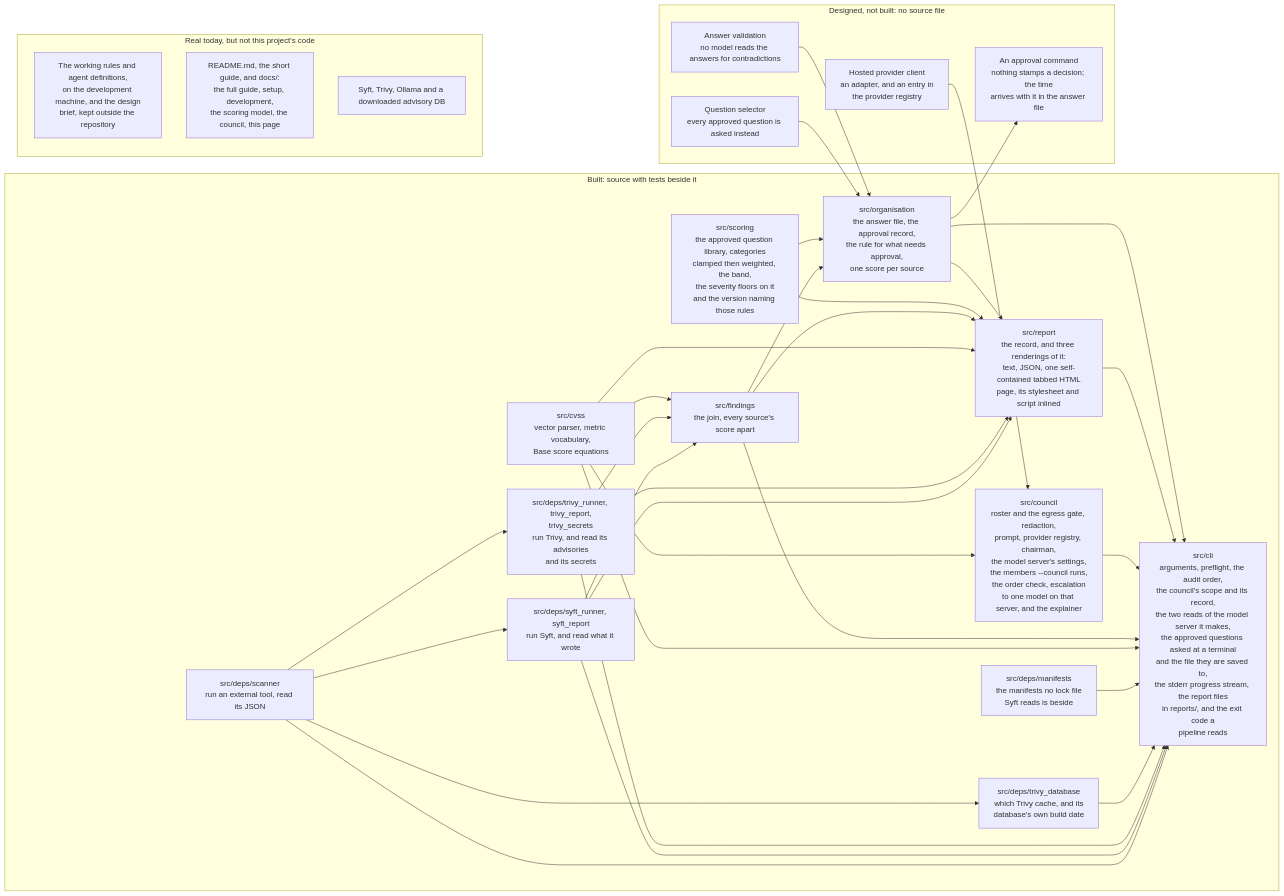
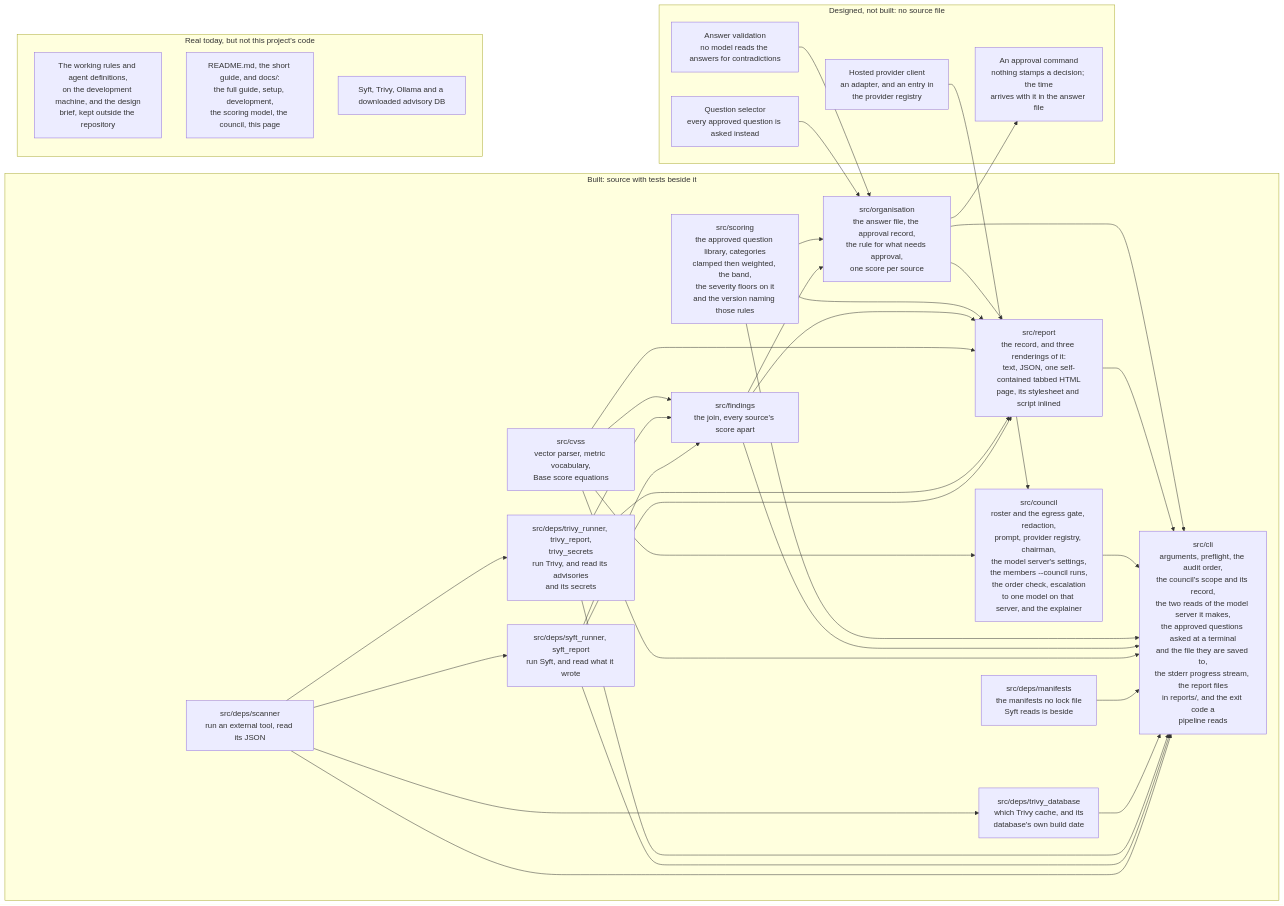
One commit to heinthtnaung/AgenticLLMAppAuditor changed the fifth of 5 diagrams in docs/diagrams.md. Above: the diagram before and after it, drawn with Mermaid. The commit also changed other lines of this file and 1 other file, not shown here.

Commit message:
Draw the cli import of the scoring library in diagram 5

````diff
--- a/docs/diagrams.md
+++ b/docs/diagrams.md
@@ -618,60 +618,61 @@
 ```mermaid
 flowchart LR
     subgraph BUILT["Built: source with tests beside it"]
         b0["src/deps/scanner<br/>run an external tool, read its JSON"]
         b1["src/deps/syft_runner, syft_report<br/>run Syft, and read what it wrote"]
         b2["src/deps/trivy_runner, trivy_report,<br/>trivy_secrets<br/>run Trivy, and read its advisories<br/>and its secrets"]
         b3["src/deps/trivy_database<br/>which Trivy cache, and its<br/>database's own build date"]
         b11["src/deps/manifests<br/>the manifests no lock file<br/>Syft reads is beside"]
         b4["src/cvss<br/>vector parser, metric vocabulary,<br/>Base score equations"]
         b5["src/findings<br/>the join, every source's score apart"]
         b7["src/council<br/>roster and the egress gate, redaction,<br/>prompt, provider registry, chairman,<br/>the model server's settings,<br/>the members --council runs,<br/>the order check, escalation<br/>to one model on that server, and the explainer"]
         b8["src/report<br/>the record, and three renderings of it:<br/>text, JSON, one self-contained tabbed HTML<br/>page, its stylesheet and script inlined"]
         b9["src/cli<br/>arguments, preflight, the audit order,<br/>the council's scope and its record,<br/>the two reads of the model server it makes,<br/>the approved questions asked at a terminal<br/>and the file they are saved to,<br/>the stderr progress stream, the report files<br/>in reports/, and the exit code a<br/>pipeline reads"]
         b6["src/scoring<br/>the approved question library, categories<br/>clamped then weighted, the band,<br/>the severity floors on it<br/>and the version naming those rules"]
         b10["src/organisation<br/>the answer file, the approval record,<br/>the rule for what needs approval,<br/>one score per source"]
         b0 --> b1
         b0 --> b2
         b0 --> b3
         b0 --> b9
         b1 --> b5
         b1 --> b8
         b1 --> b9
         b2 --> b5
         b2 --> b8
         b2 --> b9
         b3 --> b9
         b11 --> b9
         b4 --> b5
         b4 --> b7
         b4 --> b8
         b4 --> b9
         b5 --> b8
         b5 --> b9
         b5 --> b10
         b6 --> b8
         b6 --> b10
+        b6 --> b9
         b7 --> b9
         b8 --> b9
         b10 --> b8
         b10 --> b9
     end
 
     subgraph UNBUILT["Designed, not built: no source file"]
         d2["Question selector<br/>every approved question is asked instead"]
         d3["Answer validation<br/>no model reads the answers for contradictions"]
         d6["Hosted provider client<br/>an adapter, and an entry in<br/>the provider registry"]
         d12["An approval command<br/>nothing stamps a decision; the time<br/>arrives with it in the answer file"]
     end
 
     d6 --> b7
     d2 --> b10
     d3 --> b10
     b10 --> d12
 
     subgraph REAL["Real today, but not this project's code"]
         x1["The working rules and agent definitions,<br/>on the development machine, and the design<br/>brief, kept outside the repository"]
         x2["README.md, the short guide, and docs/:<br/>the full guide, setup, development,<br/>the scoring model, the council, this page"]
         x4["Syft, Trivy, Ollama and a downloaded advisory DB"]
     end
 ```
````
